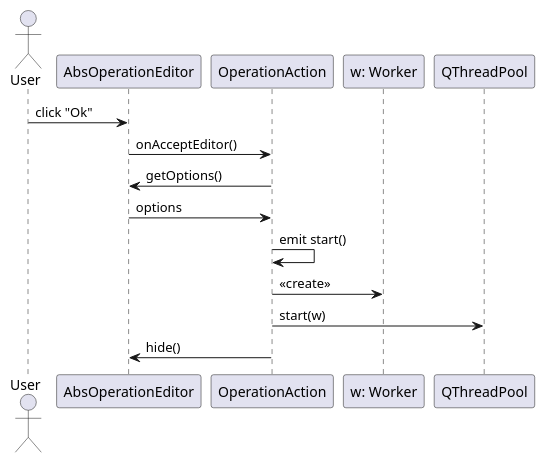
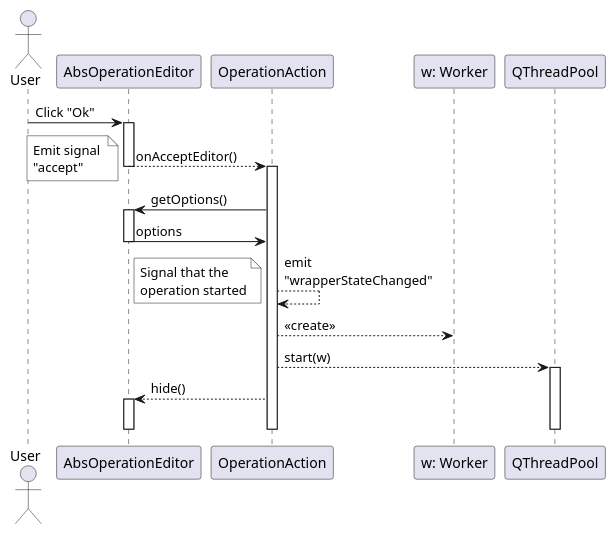
One commit to alezanga/dataMole changed the seventh of 7 diagrams in uml/controller.puml. Above: the diagram before and after it, drawn with PlantUML. The commit also changed other lines of this file and 172 other files, not shown here.

```diff
--- a/uml/controller.puml
+++ b/uml/controller.puml
@@ -119,14 +230,32 @@
 @startuml actionwrapper_confirm
 
 actor User
 
-User -> AbsOperationEditor: click "Ok"
-AbsOperationEditor -> OperationAction: onAcceptEditor()
+User -> AbsOperationEditor: Click "Ok"
+activate AbsOperationEditor
+AbsOperationEditor --> OperationAction: onAcceptEditor()
+note left #White
+Emit signal 
+"accept"
+endnote
+deactivate AbsOperationEditor
+activate OperationAction
 OperationAction -> AbsOperationEditor: getOptions()
+activate AbsOperationEditor
 OperationAction <- AbsOperationEditor: options
-OperationAction -> OperationAction: emit start()
-OperationAction -> "w: Worker": <<create>>
-OperationAction -> QThreadPool: start(w)
-OperationAction -> AbsOperationEditor: hide()
+deactivate AbsOperationEditor
+OperationAction --> OperationAction: emit\n"wrapperStateChanged"
+note left #White
+Signal that the
+operation started
+endnote
+OperationAction --> "w: Worker": <<create>>
+OperationAction --> QThreadPool: start(w)
+activate QThreadPool
+OperationAction --> AbsOperationEditor: hide()
+activate AbsOperationEditor
+deactivate AbsOperationEditor
+deactivate QThreadPool
+deactivate OperationAction
 
 @enduml
```
